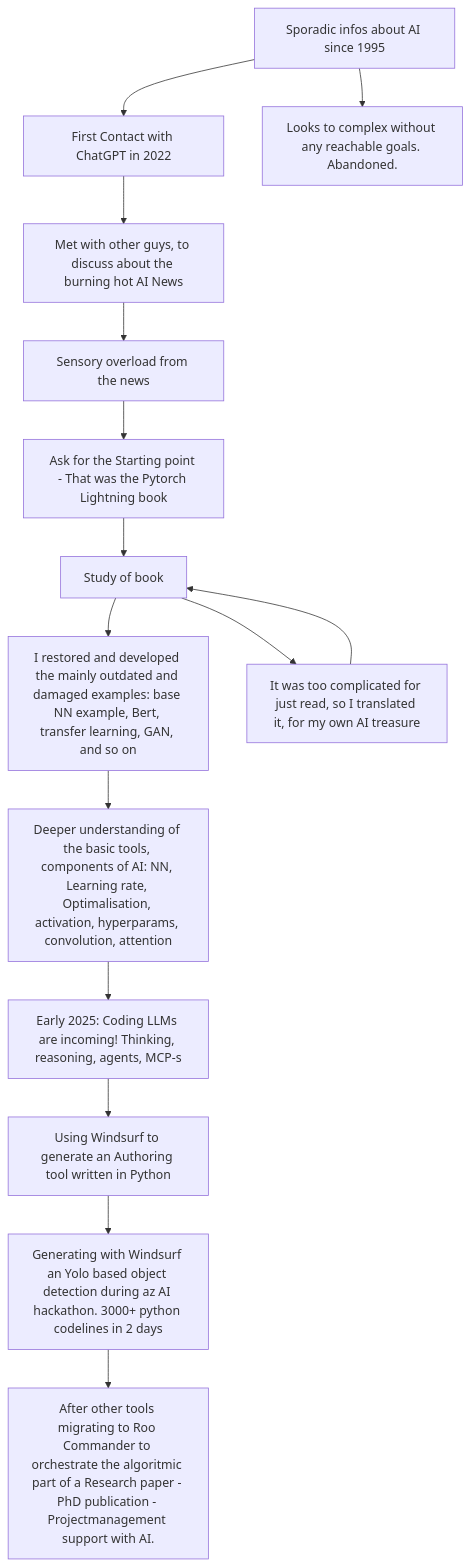
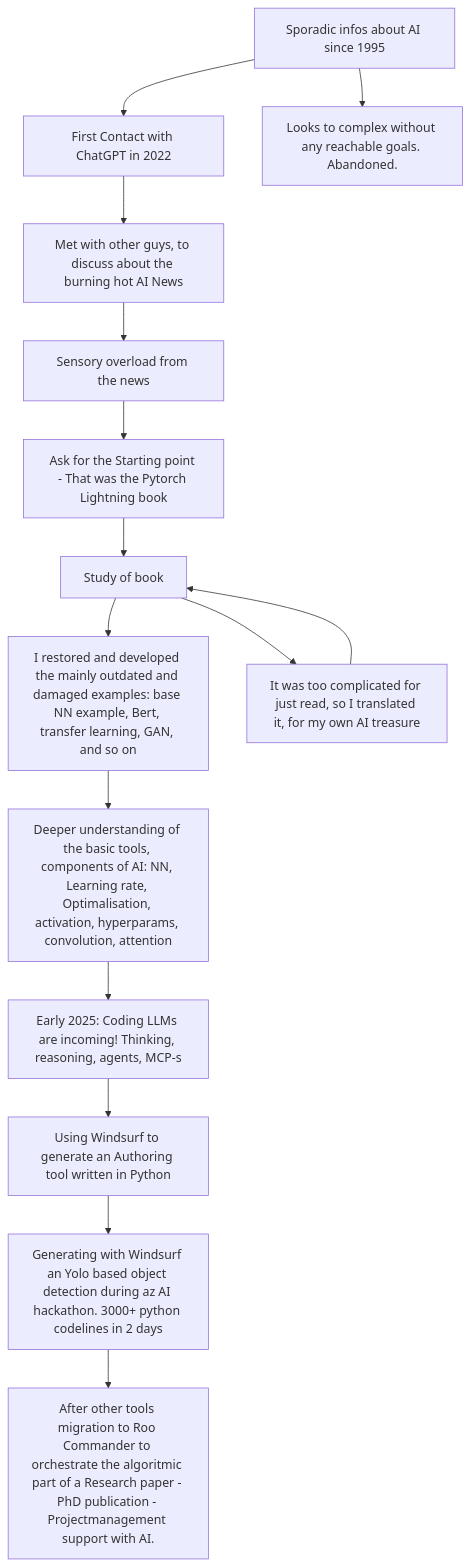
The diagram in README.md (vmistvan/VMI_CV_AI), drawn with Mermaid before and after one commit.

Commit message:
Update README.md
zz

````diff
--- a/README.md
+++ b/README.md
@@ -3,17 +3,17 @@
 ```mermaid
 graph TD
     A[Sporadic infos about AI since 1995] --> C[First Contact with ChatGPT in 2022]
     A --> B[Looks to complex without any reachable goals. Abandoned.]
     C --> D[Met with other guys, to discuss about the burning hot AI News]
     D --> E[Sensory overload from the news]
     E --> F[Ask for the Starting point - That was the Pytorch Lightning book]
     F --> G[Study of book]
     G --> I[I restored and developed the mainly outdated and damaged examples: base NN example, Bert, transfer learning, GAN, and so on]
     G --> H[It was too complicated for just read, so I translated it, for my own AI treasure]
     H --> G
     I --> J[Deeper understanding of the basic tools, components of AI: NN, Learning rate, Optimalisation, activation, hyperparams, convolution, attention]
     J --> K[Early 2025: Coding LLMs are incoming! Thinking, reasoning, agents, MCP-s]
     K --> L[Using Windsurf to generate an Authoring tool written in Python]
     L --> M[Generating with Windsurf an Yolo based object detection during az AI hackathon. 3000+ python codelines in 2 days]
-    M --> N[After other tools migrating to Roo Commander to orchestrate the algoritmic part of a Research paper - PhD publication - Projectmanagement support with AI.]    
+    M --> N[After other tools migration to Roo Commander to orchestrate the algoritmic part of a Research paper - PhD publication - Projectmanagement support with AI.]    
 ```
````
